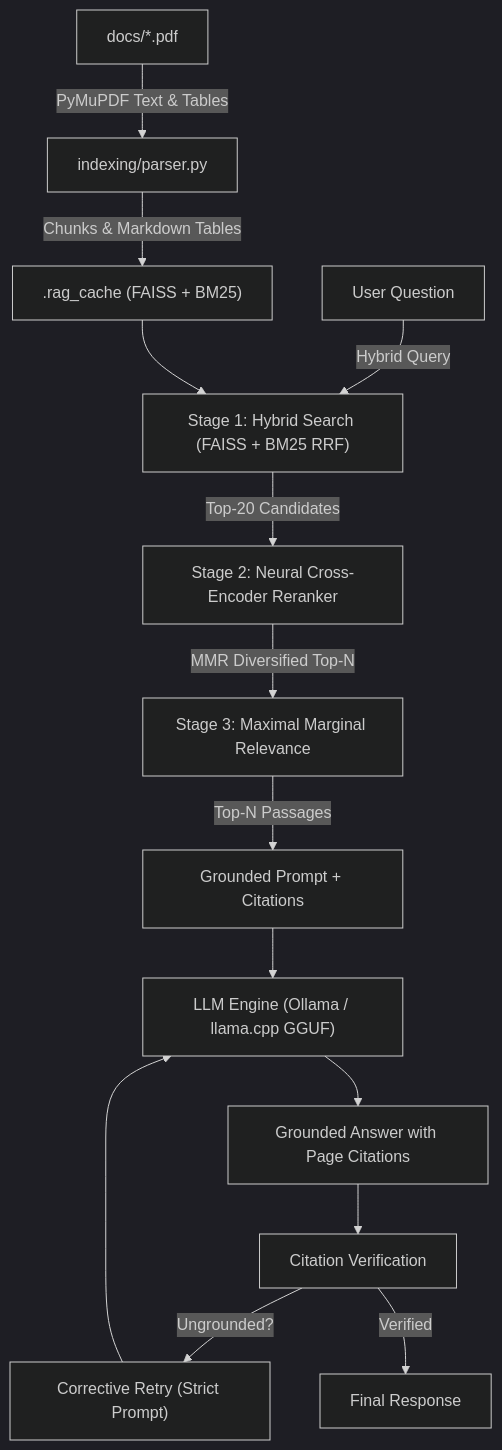
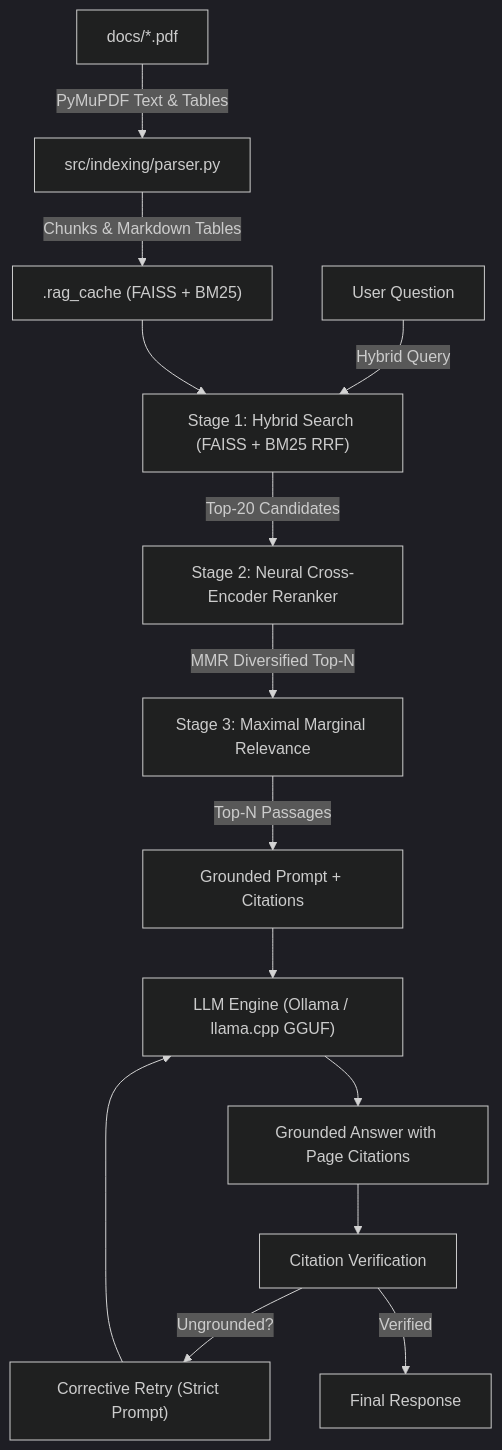
One commit to adhvaith267/bhel_internship changed the diagram in README.md. Above: the diagram before and after it, drawn with Mermaid (dark theme). The commit also changed other lines of this file and 1 other file, not shown here.

````diff
--- a/README.md
+++ b/README.md
@@ -53,19 +54,19 @@
 ```mermaid
 flowchart TD
-    PDF["docs/*.pdf"] -->|PyMuPDF Text & Tables| Ingest["indexing/parser.py"]
+    PDF["docs/*.pdf"] -->|PyMuPDF Text & Tables| Ingest["src/indexing/parser.py"]
     Ingest -->|Chunks & Markdown Tables| Cache[".rag_cache (FAISS + BM25)"]
 
     UserQuery["User Question"] -->|Hybrid Query| RRF["Stage 1: Hybrid Search (FAISS + BM25 RRF)"]
     Cache --> RRF
     RRF -->|Top-20 Candidates| Rerank["Stage 2: Neural Cross-Encoder Reranker"]
     Rerank -->|MMR Diversified Top-N| MMR["Stage 3: Maximal Marginal Relevance"]
     MMR -->|Top-N Passages| Prompt["Grounded Prompt + Citations"]
 
     Prompt --> LLM["LLM Engine (Ollama / llama.cpp GGUF)"]
     LLM --> Answer["Grounded Answer with Page Citations"]
 
     Answer --> Verify["Citation Verification"]
     Verify -->|Ungrounded?| Retry["Corrective Retry (Strict Prompt)"]
     Retry --> LLM
     Verify -->|Verified| Final["Final Response"]
 ```
````
